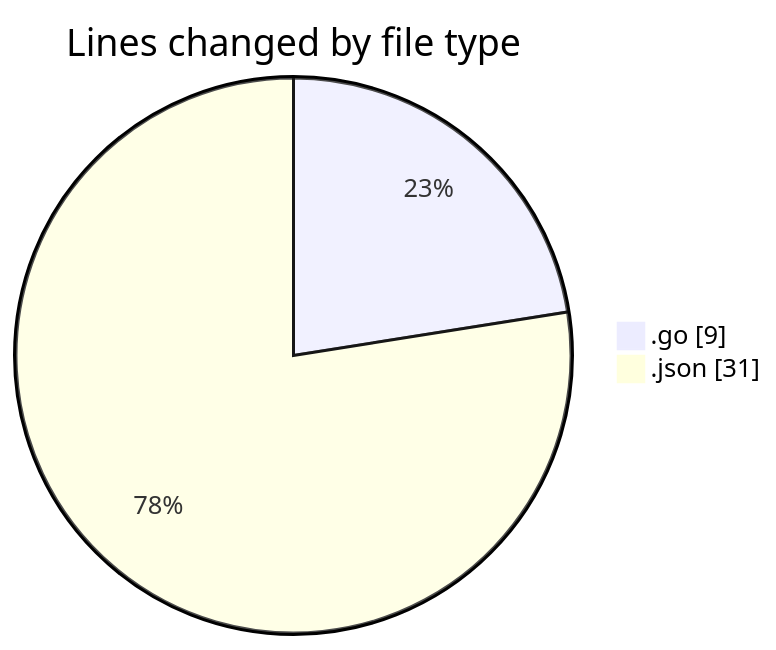
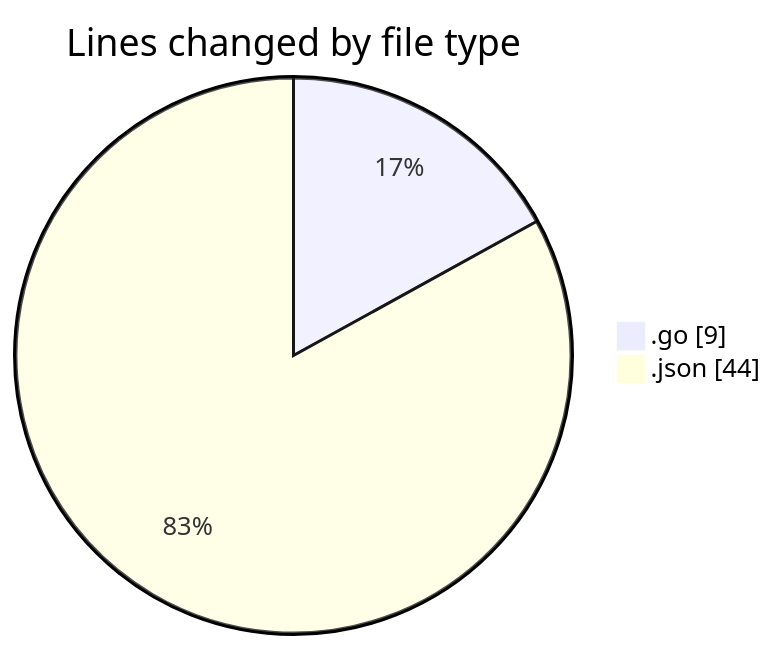
The first of 2 diagrams in 2025-05-01/go/README.md (BS-eng2023/code-tracking), drawn with Mermaid before and after one commit. The commit also changed other lines of this file and 1 other file, not shown here.

````diff
--- a/2025-05-01/go/README.md
+++ b/2025-05-01/go/README.md
@@ -22,6 +22,6 @@
 ```mermaid
 pie showData
 title Lines changed by file type
 ".go" : 9
-".json" : 31
+".json" : 44
 ```
````
